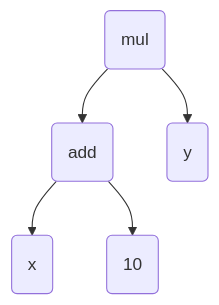
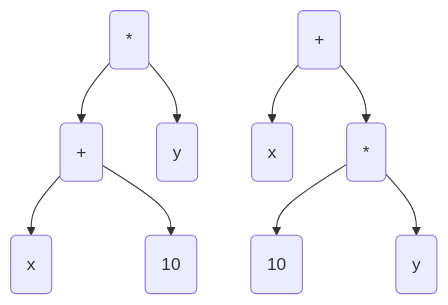
Before and after one commit to pengvyn/kavpix-code: the second of 49 diagrams in src/essays/number-tree/essay.md, drawn with Mermaid. The commit also changed other lines of this file and 1 other file, not shown here.

````diff
--- a/src/essays/number-tree/essay.md
+++ b/src/essays/number-tree/essay.md
@@ -23,7 +67,12 @@
 ```mermaid
     graph TD;
-        mul(mul) --> add(add);
+        mul(*) --> add(+);
         mul --> y(y);
         add --> x(x);
         add --> 10(10);
+
+        add2(+) --> x2(x);
+        add2 --> mul2(*);
+        mul2 --> 102(10);
+        mul2 --> y2(y);
 ```
````
